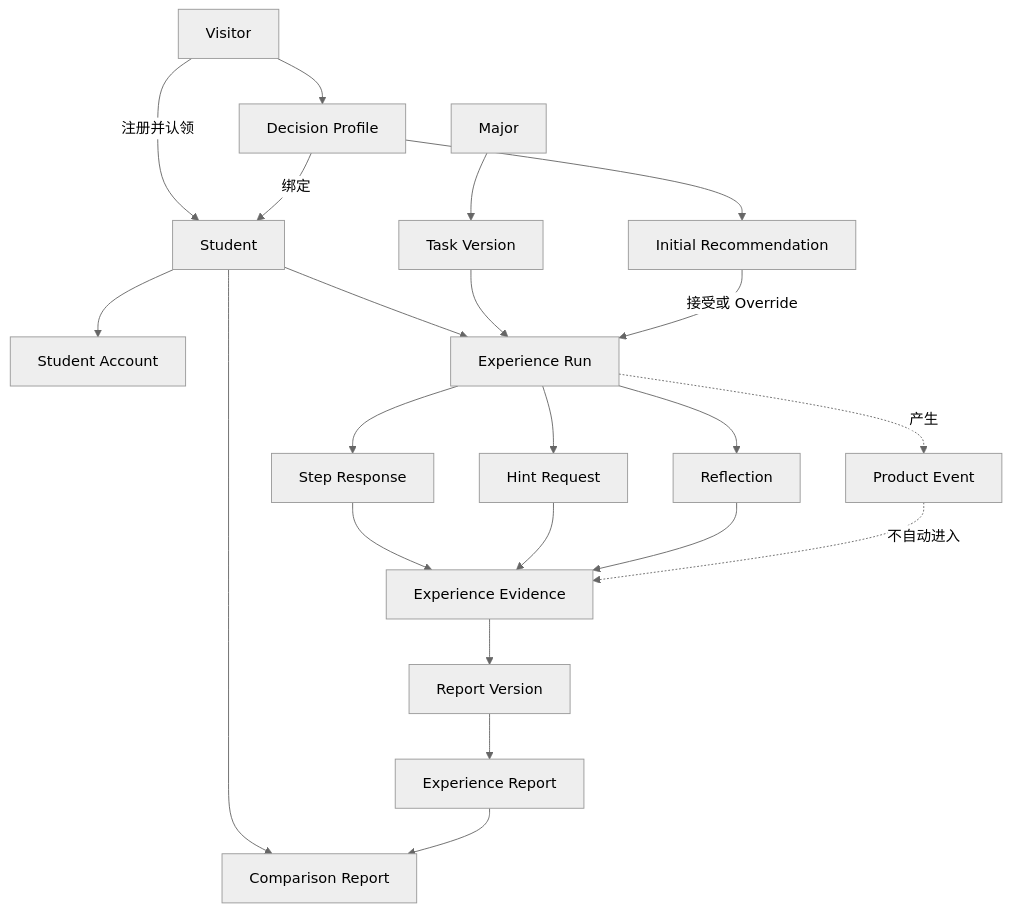
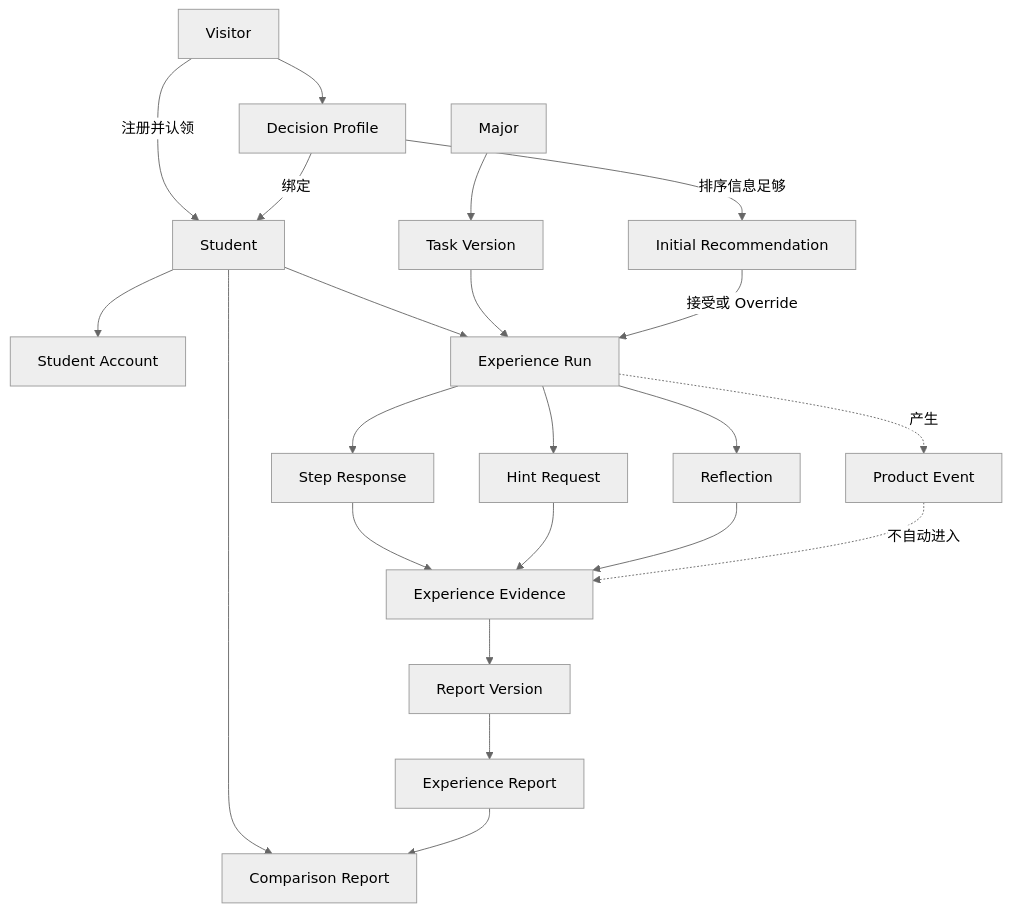
The first of 3 diagrams in docs/06-domain-model-and-data-boundaries.md (powerpan/MajorPilot), drawn with Mermaid (neutral theme) before and after one commit. The commit also changed other lines of this file and 11 other files, not shown here.

````diff
--- a/docs/06-domain-model-and-data-boundaries.md
+++ b/docs/06-domain-model-and-data-boundaries.md
@@ -41,24 +43,24 @@
 ```mermaid
 flowchart TD
     V[Visitor] --> DP[Decision Profile]
-    DP --> IR[Initial Recommendation]
+    DP -->|排序信息足够| IR[Initial Recommendation]
     V -->|注册并认领| S[Student]
     S --> SA[Student Account]
     DP -->|绑定| S
     S --> ER[Experience Run]
     M[Major] --> TV[Task Version]
     TV --> ER
     IR -->|接受或 Override| ER
     ER --> SR[Step Response]
     ER --> HR[Hint Request]
     ER --> RF[Reflection]
     SR --> EE[Experience Evidence]
     HR --> EE
     RF --> EE
     EE --> RP[Report Version]
     RP --> XR[Experience Report]
     S --> CR[Comparison Report]
     XR --> CR
     ER -.产生.-> PE[Product Event]
     PE -.不自动进入.-> EE
 ```
````
